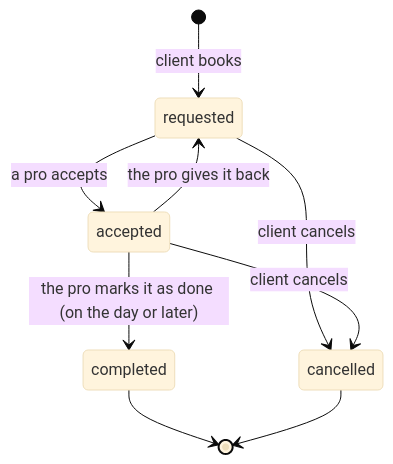
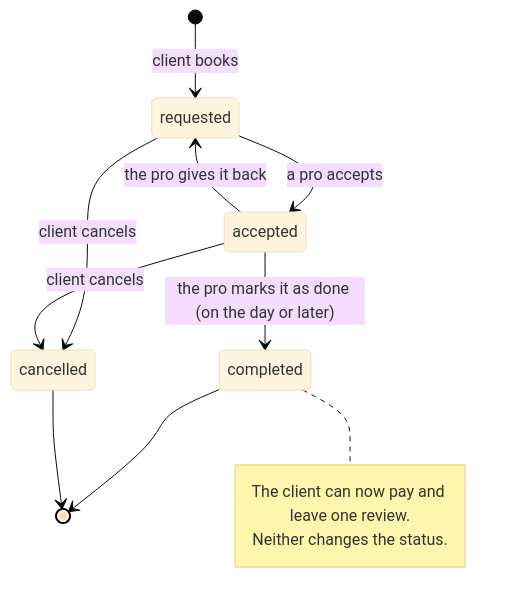
The fourth of 6 diagrams in README.md (petronilo43/habitick), drawn with Mermaid (base theme) before and after one commit. The commit also changed other lines of this file and 58 other files, not shown here.

````diff
--- a/README.md
+++ b/README.md
@@ -97,11 +379,16 @@
 ```mermaid
 stateDiagram-v2
     [*] --> requested: client books
     requested --> accepted: a pro accepts
     accepted --> requested: the pro gives it back
     accepted --> completed: the pro marks it as done (on the day or later)
     requested --> cancelled: client cancels
     accepted --> cancelled: client cancels
     completed --> [*]
     cancelled --> [*]
+
+    note right of completed
+        The client can now pay and leave one review.
+        Neither changes the status.
+    end note
 ```
````
